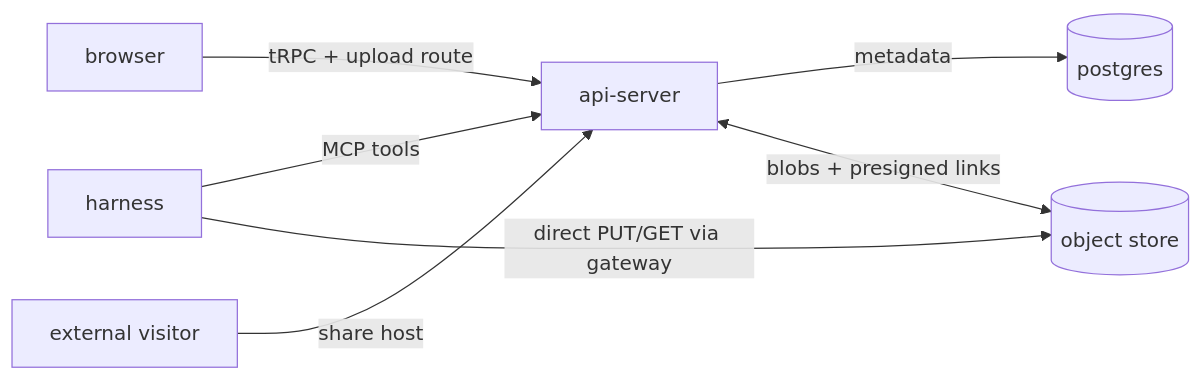
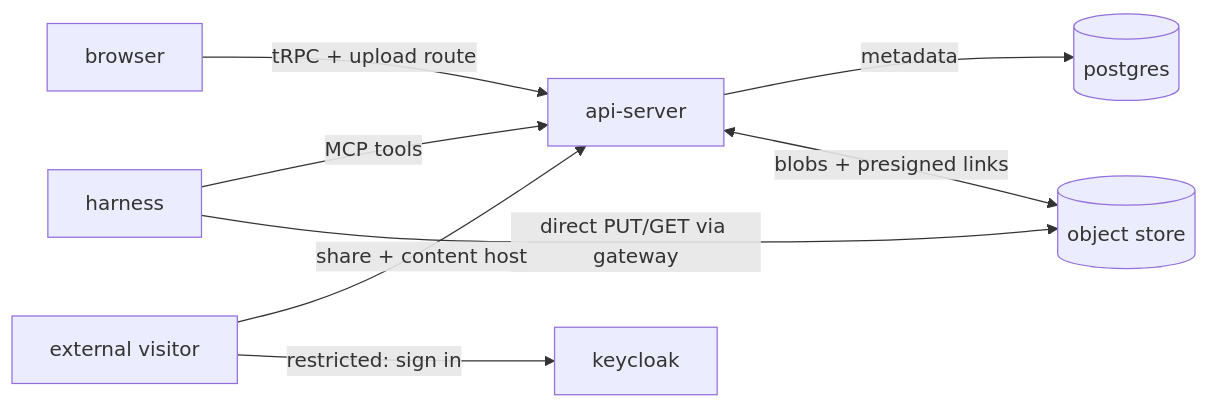
Before and after one commit to dam-agents/dam: the diagram in docs/architecture/artifact-library.md, drawn with Mermaid. The commit also changed other lines of this file and 4 other files, not shown here.

First line of the commit message:
docs(artifact-library): restricted sharing, share session, content host

````diff
--- a/docs/architecture/artifact-library.md
+++ b/docs/architecture/artifact-library.md
@@ -124,9 +182,10 @@
 ```mermaid
 flowchart LR
   harness[harness] -->|MCP tools| api-server
   browser[browser] -->|tRPC + upload route| api-server
   api-server -->|metadata| postgres[(postgres)]
   api-server <-->|blobs + presigned links| store[(object store)]
   harness -->|direct PUT/GET via gateway| store
-  visitor[external visitor] -->|share host| api-server
+  visitor[external visitor] -->|share + content host| api-server
+  visitor -->|restricted: sign in| keycloak[keycloak]
 ```
````
